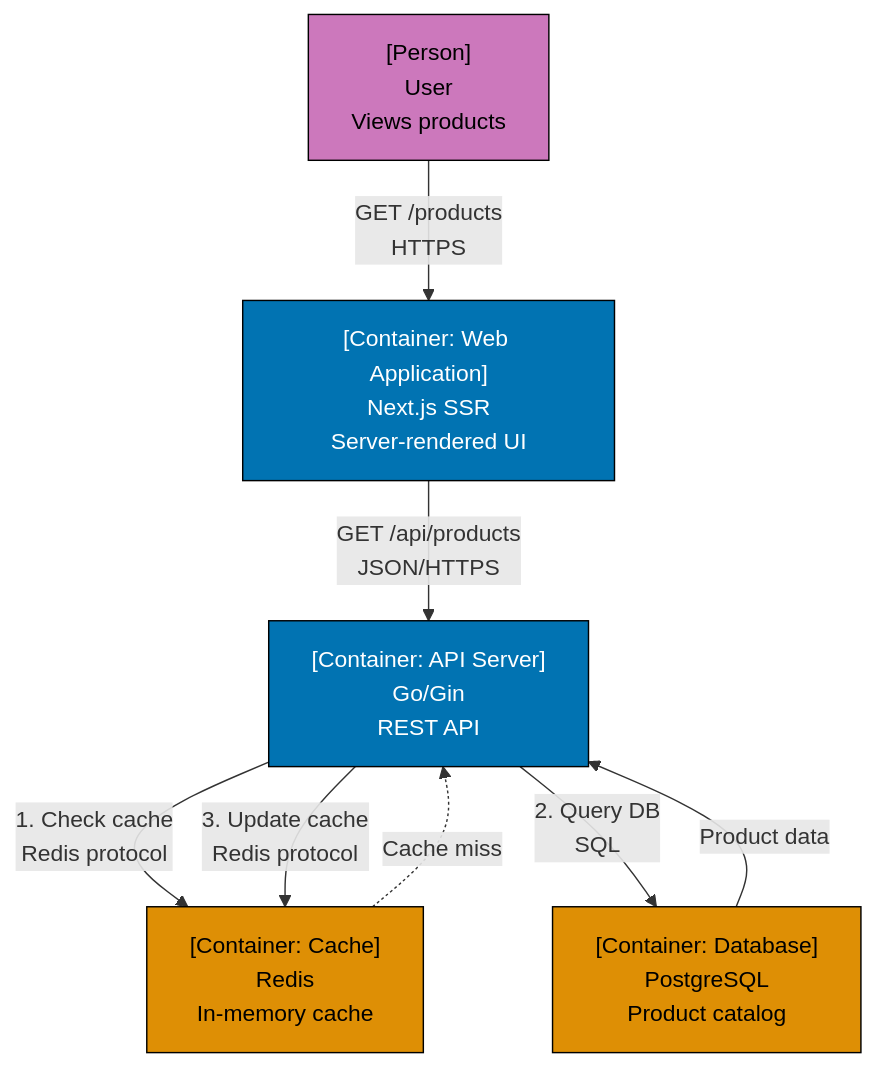
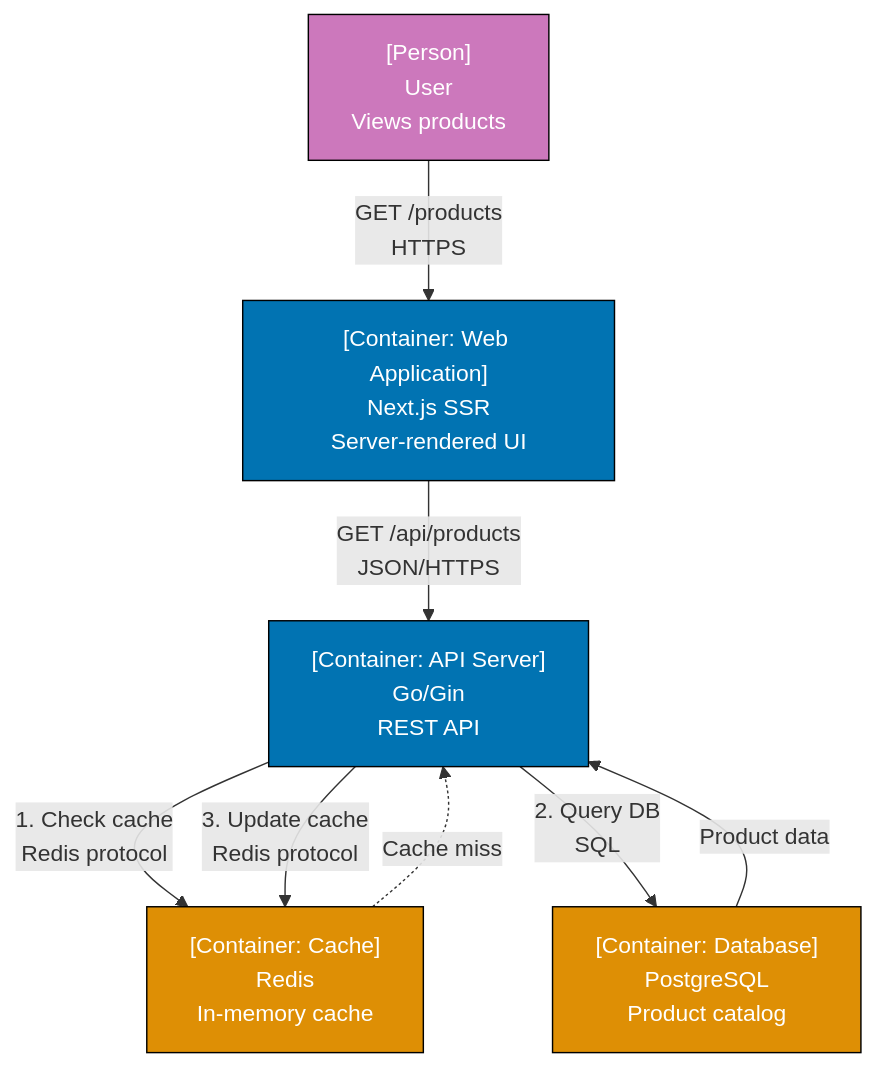
Diagram 16 of 30 in apps/ayokoding-web/content/en/learn/software-engineering/architecture/c4-architecture-model/by-example/beginner.md (wahidyankf/open-sharia-enterprise), drawn with Mermaid before and after one commit. The commit also changed other lines of this file and 61 other files, not shown here.

First line of the commit message:
fix(ayokoding-web): quote Mermaid node labels with special characters in Example 63

````diff
--- a/apps/ayokoding-web/content/en/learn/software-engineering/architecture/c4-architecture-model/by-example/beginner.md
+++ b/apps/ayokoding-web/content/en/learn/software-engineering/architecture/c4-architecture-model/by-example/beginner.md
@@ -588,23 +588,23 @@
 ```mermaid
 graph TD
     User["[Person]<br/>User<br/>Views products"]
 
     WebApp["[Container: Web Application]<br/>Next.js SSR<br/>Server-rendered UI"]
     APIServer["[Container: API Server]<br/>Go/Gin<br/>REST API"]
     Cache["[Container: Cache]<br/>Redis<br/>In-memory cache"]
     Database["[Container: Database]<br/>PostgreSQL<br/>Product catalog"]
 
     User -->|"GET /products<br/>HTTPS"| WebApp
     WebApp -->|"GET /api/products<br/>JSON/HTTPS"| APIServer
     APIServer -->|"1. Check cache<br/>Redis protocol"| Cache
     Cache -.->|"Cache miss"| APIServer
     APIServer -->|"2. Query DB<br/>SQL"| Database
     Database -->|"Product data"| APIServer
     APIServer -->|"3. Update cache<br/>Redis protocol"| Cache
 
-    style User fill:#CC78BC,stroke:#000,color:#000
+    style User fill:#CC78BC,stroke:#000,color:#fff
     style WebApp fill:#0173B2,stroke:#000,color:#fff
     style APIServer fill:#0173B2,stroke:#000,color:#fff
-    style Cache fill:#DE8F05,stroke:#000,color:#000
-    style Database fill:#DE8F05,stroke:#000,color:#000
+    style Cache fill:#DE8F05,stroke:#000,color:#fff
+    style Database fill:#DE8F05,stroke:#000,color:#fff
 ```
````
